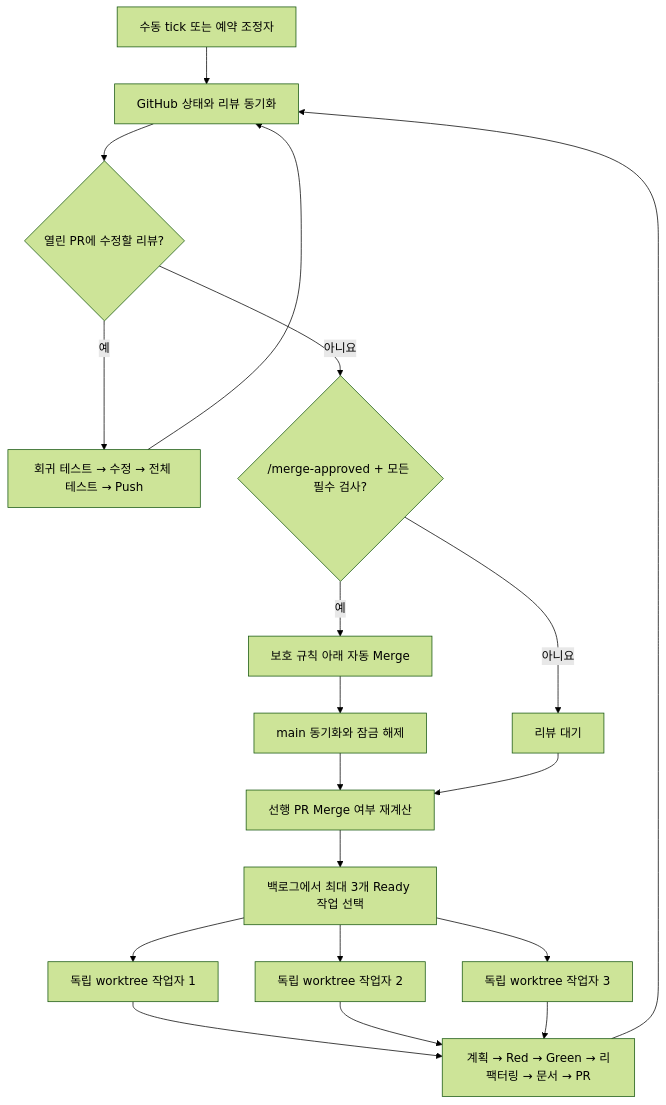
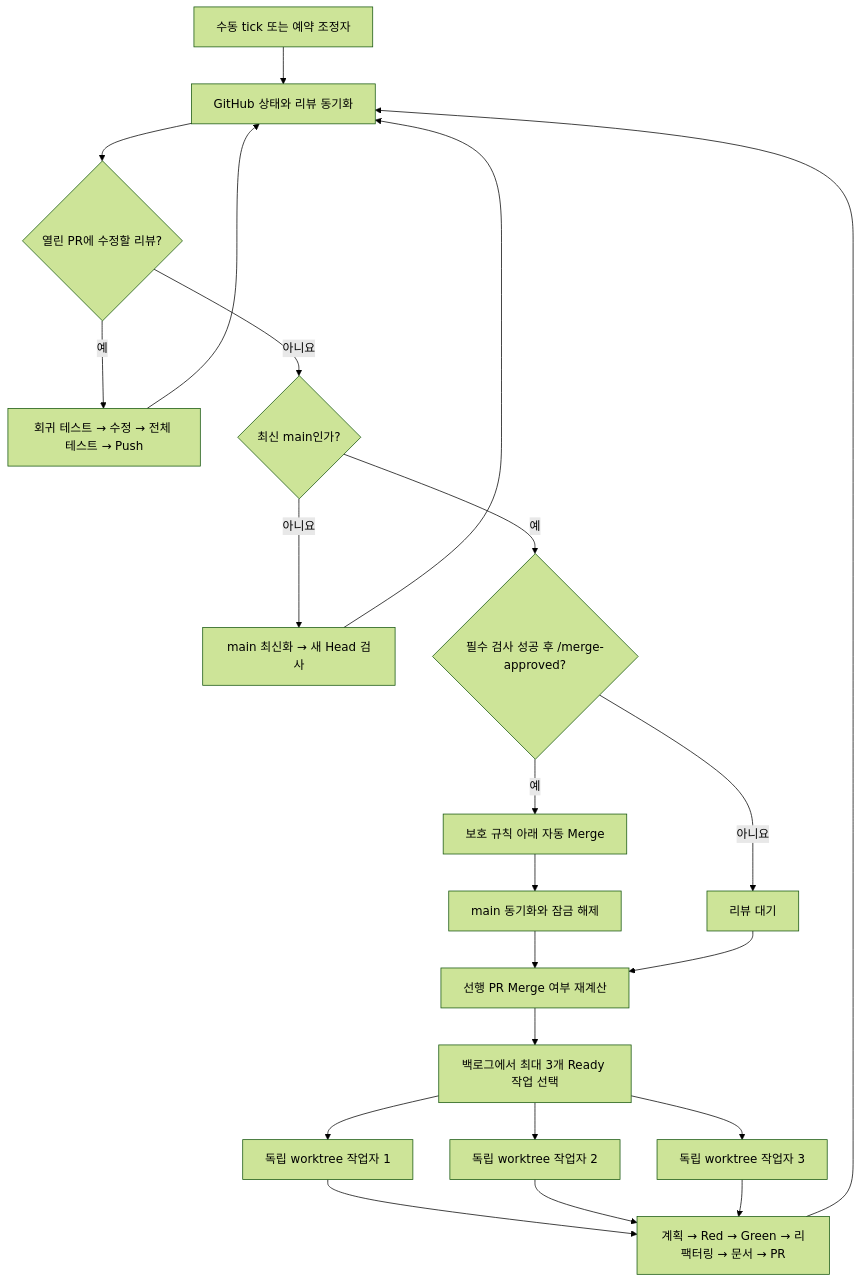
The diagram in docs/workflow/AUTONOMOUS_WORKFLOW.md (OpenSeedDev/openseed-be), drawn with Mermaid (forest theme) before and after one commit. The commit also changed other lines of this file and 10 other files, not shown here.

Commit message:
fix: main 최신화 후 병합 승인 강제

````diff
--- a/docs/workflow/AUTONOMOUS_WORKFLOW.md
+++ b/docs/workflow/AUTONOMOUS_WORKFLOW.md
@@ -5,21 +5,24 @@
 ```mermaid
 flowchart TD
   A["수동 tick 또는 예약 조정자"] --> B["GitHub 상태와 리뷰 동기화"]
   B --> C{"열린 PR에 수정할 리뷰?"}
   C -- "예" --> D["회귀 테스트 → 수정 → 전체 테스트 → Push"]
   D --> B
-  C -- "아니요" --> E{"/merge-approved + 모든 필수 검사?"}
+  C -- "아니요" --> U{"최신 main인가?"}
+  U -- "아니요" --> S["main 최신화 → 새 Head 검사"]
+  S --> B
+  U -- "예" --> E{"필수 검사 성공 후 /merge-approved?"}
   E -- "예" --> F["보호 규칙 아래 자동 Merge"]
   F --> G["main 동기화와 잠금 해제"]
   E -- "아니요" --> H["리뷰 대기"]
   G --> I["선행 PR Merge 여부 재계산"]
   H --> I
   I --> J["백로그에서 최대 3개 Ready 작업 선택"]
   J --> K1["독립 worktree 작업자 1"]
   J --> K2["독립 worktree 작업자 2"]
   J --> K3["독립 worktree 작업자 3"]
   K1 --> L["계획 → Red → Green → 리팩터링 → 문서 → PR"]
   K2 --> L
   K3 --> L
   L --> B
 ```
````
